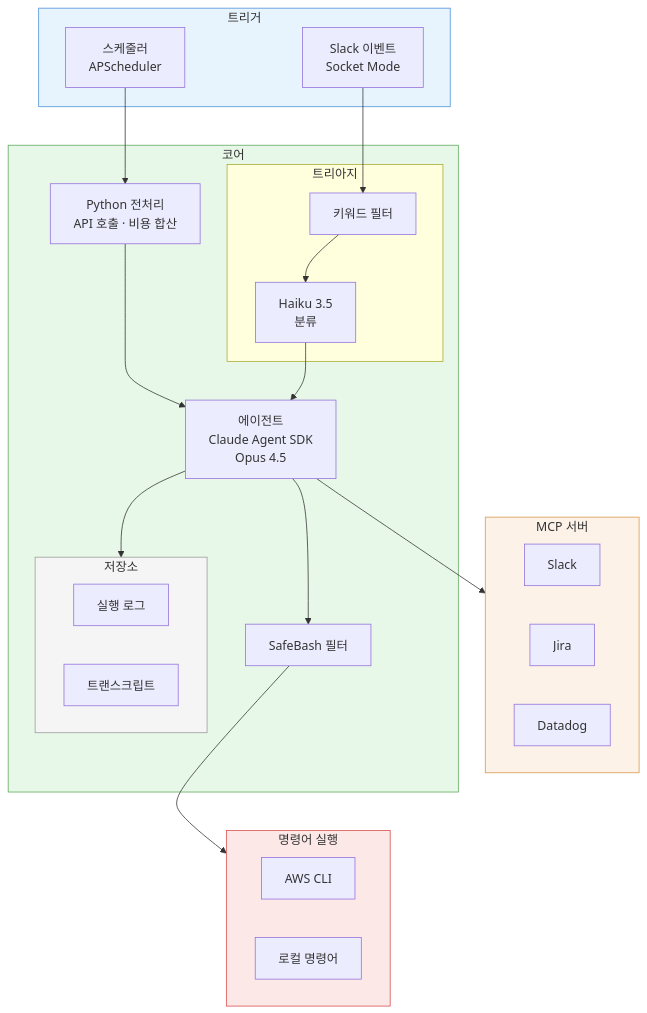
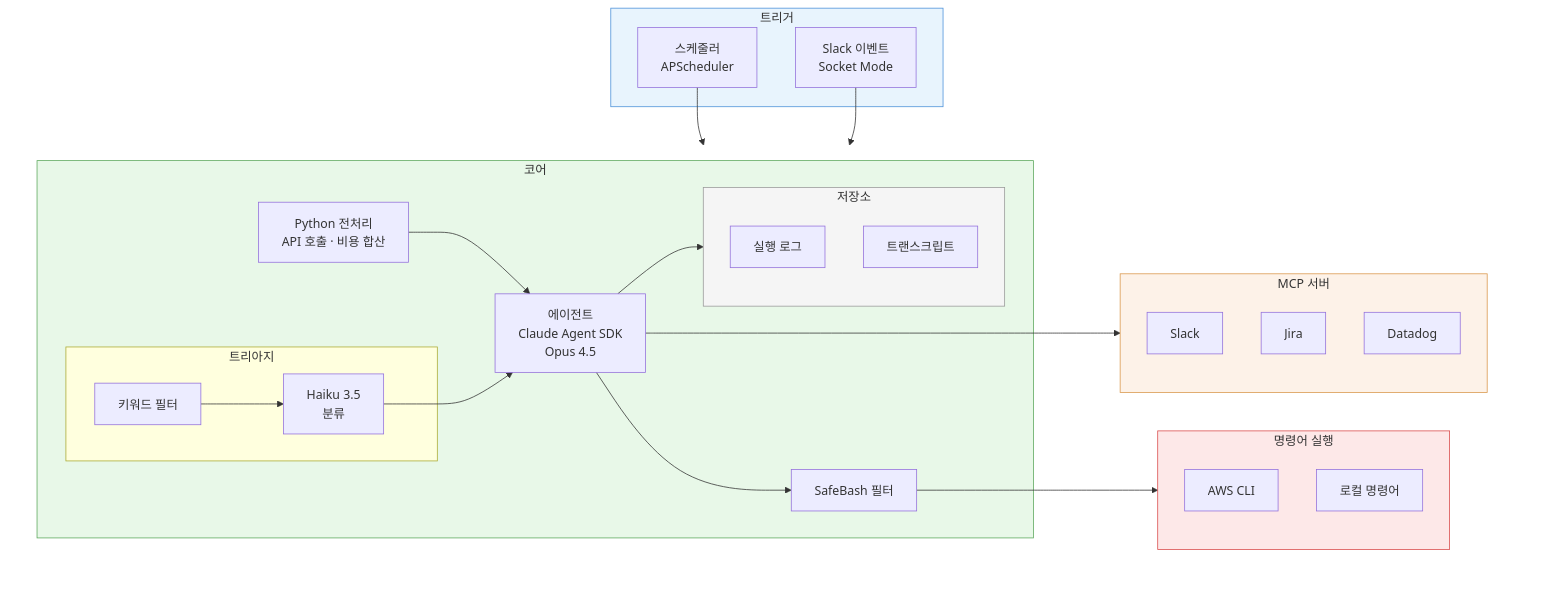
Before and after one commit to kimduksoo/duksoo-tech-blog: the first of 3 diagrams in content/ai/ai-infra-automation.md, drawn with Mermaid.

Commit message:
MCP/CLI를 코어 왼쪽에 강제 배치 (LR direction)

````diff
--- a/content/ai/ai-infra-automation.md
+++ b/content/ai/ai-infra-automation.md
@@ -26,45 +26,48 @@
 ```mermaid
 flowchart TB
     subgraph 트리거
         Cron[스케줄러<br/>APScheduler]
         Event[Slack 이벤트<br/>Socket Mode]
     end
 
-    subgraph MCP[MCP 서버]
-        S[Slack]
-        J[Jira]
-        D[Datadog]
-    end
-
-    subgraph 코어
-        subgraph 트리아지
-            KW[키워드 필터] --> Haiku[Haiku 3.5<br/>분류]
+    subgraph 시스템[" "]
+        direction LR
+        subgraph 외부도구[" "]
+            subgraph MCP[MCP 서버]
+                S[Slack]
+                J[Jira]
+                D[Datadog]
+            end
+            subgraph CLI[명령어 실행]
+                AWS[AWS CLI]
+                Local[로컬 명령어]
+            end
         end
-        Pre[Python 전처리<br/>API 호출 · 비용 합산] --> Agent[에이전트<br/>Claude Agent SDK<br/>Opus 4.5]
-        Haiku --> Agent
-        subgraph 저장소
-            Log[실행 로그]
-            Transcript[트랜스크립트]
+        subgraph 코어
+            subgraph 트리아지
+                KW[키워드 필터] --> Haiku[Haiku 3.5<br/>분류]
+            end
+            Pre[Python 전처리<br/>API 호출 · 비용 합산] --> Agent[에이전트<br/>Claude Agent SDK<br/>Opus 4.5]
+            Haiku --> Agent
+            subgraph 저장소
+                Log[실행 로그]
+                Transcript[트랜스크립트]
+            end
+            Agent --> 저장소
+            Agent --> Safe[SafeBash 필터]
         end
-        Agent --> 저장소
-        Agent --> Safe[SafeBash 필터]
-    end
-
-    subgraph CLI[명령어 실행]
-        AWS[AWS CLI]
-        Local[로컬 명령어]
     end
 
     Cron --> Pre
     Event --> KW
     Agent --> MCP
     Safe --> CLI
-    트리아지 ~~~ MCP
-    Safe ~~~ CLI
 
     style 트리거 fill:#e8f4fd,stroke:#4a90d9
+    style 시스템 fill:none,stroke:none
+    style 외부도구 fill:none,stroke:none
     style 코어 fill:#e8f8e8,stroke:#5ba85b
     style 저장소 fill:#f5f5f5,stroke:#999999
     style MCP fill:#fdf2e8,stroke:#d9964a
     style CLI fill:#fde8e8,stroke:#d94a4a
 ```
````
